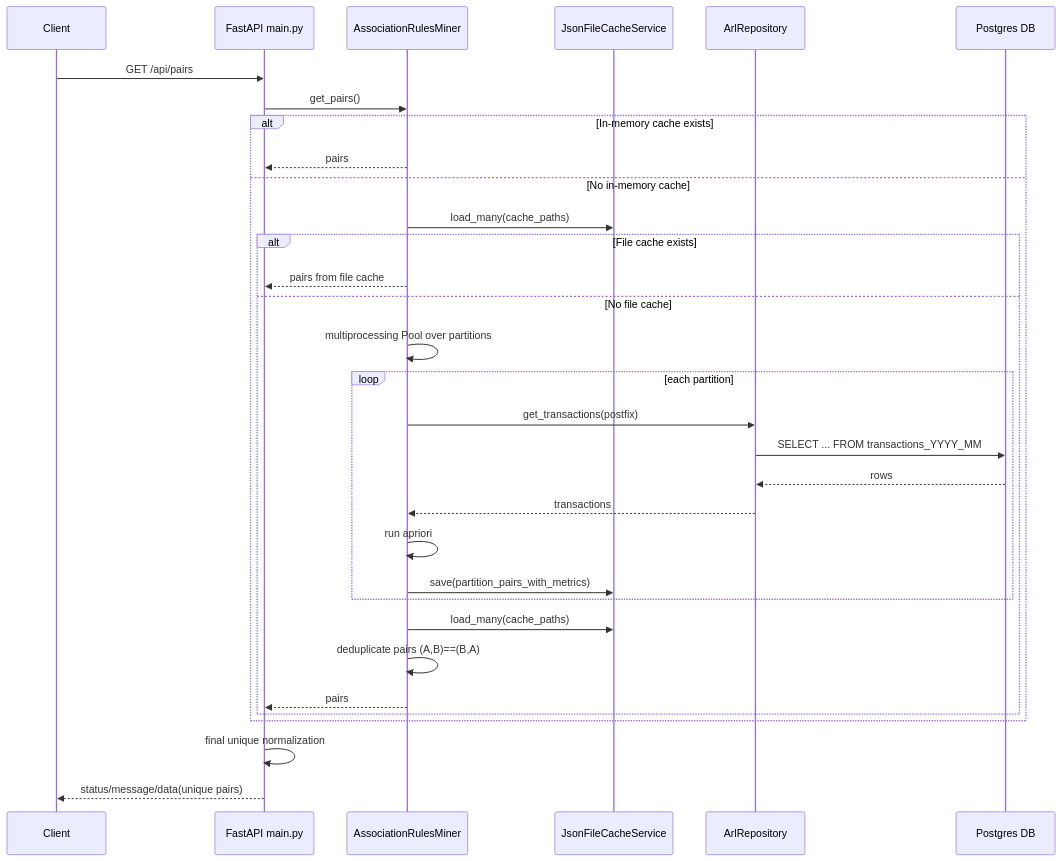
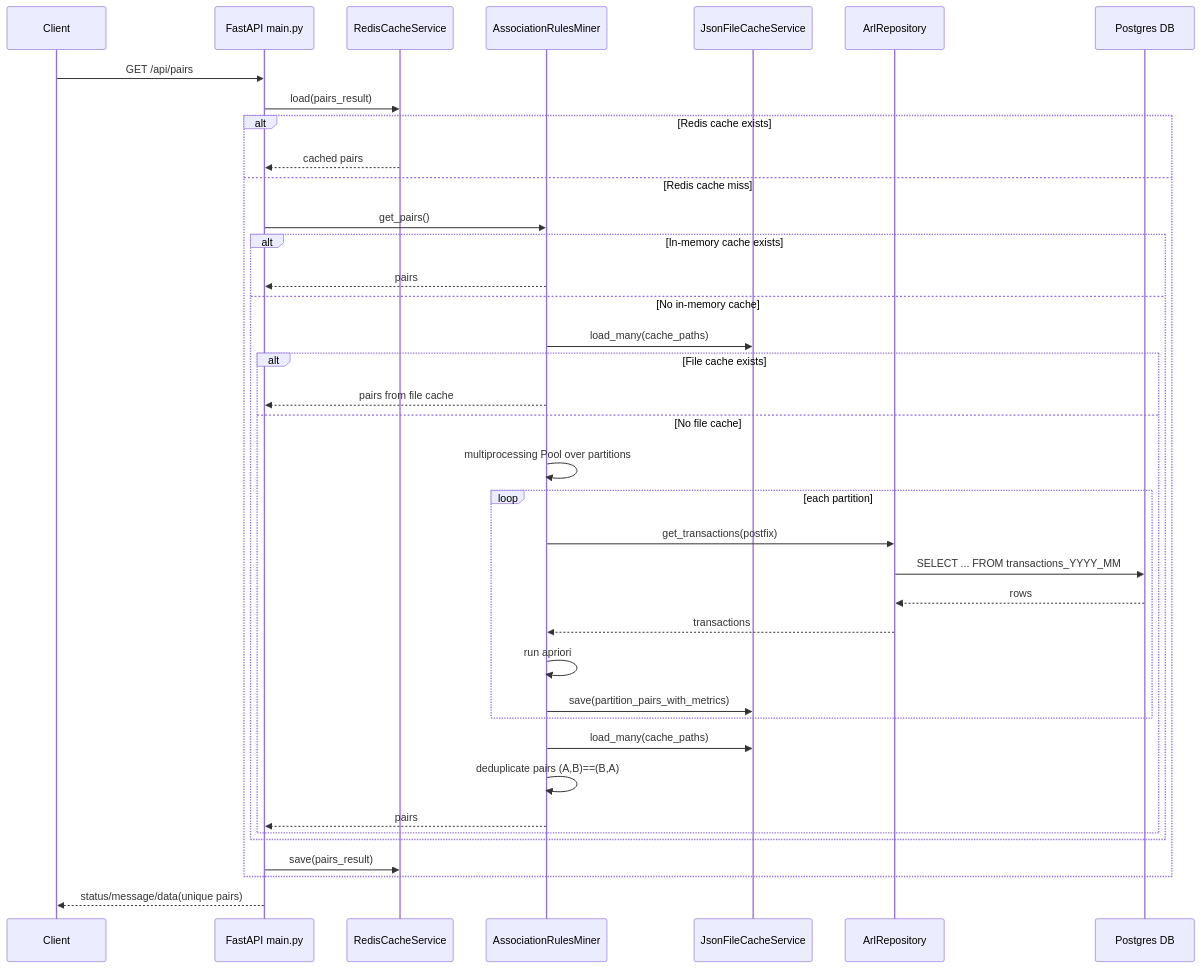
One commit to KirillYarv/MLCoreAPI changed the second of 5 diagrams in docs/api_diagrams.md. Above: the diagram before and after it, drawn with Mermaid. The commit also changed other lines of this file and 3 other files, not shown here.

````diff
--- a/docs/api_diagrams.md
+++ b/docs/api_diagrams.md
@@ -24,37 +23,43 @@
 ```mermaid
 sequenceDiagram
     participant Client
     participant API as FastAPI main.py
+    participant REDIS as RedisCacheService
     participant ARL as AssociationRulesMiner
-    participant CACHE as JsonFileCacheService
+    participant FILE as JsonFileCacheService
     participant REPO as ArlRepository
     participant PG as Postgres DB
 
     Client->>API: GET /api/pairs
-    API->>ARL: get_pairs()
+    API->>REDIS: load(pairs_result)
 
-    alt In-memory cache exists
-        ARL-->>API: pairs
-    else No in-memory cache
-        ARL->>CACHE: load_many(cache_paths)
-        alt File cache exists
-            ARL-->>API: pairs from file cache
-        else No file cache
+    alt Redis cache exists
+        REDIS-->>API: cached pairs
+    else Redis cache miss
+        API->>ARL: get_pairs()
+        alt In-memory cache exists
+            ARL-->>API: pairs
+        else No in-memory cache
+            ARL->>FILE: load_many(cache_paths)
+            alt File cache exists
+                ARL-->>API: pairs from file cache
+            else No file cache
             ARL->>ARL: multiprocessing Pool over partitions
             loop each partition
                 ARL->>REPO: get_transactions(postfix)
                 REPO->>PG: SELECT ... FROM transactions_YYYY_MM
                 PG-->>REPO: rows
                 REPO-->>ARL: transactions
                 ARL->>ARL: run apriori
-                ARL->>CACHE: save(partition_pairs_with_metrics)
+                ARL->>FILE: save(partition_pairs_with_metrics)
             end
-            ARL->>CACHE: load_many(cache_paths)
+            ARL->>FILE: load_many(cache_paths)
             ARL->>ARL: deduplicate pairs (A,B)==(B,A)
             ARL-->>API: pairs
+            end
         end
+        API->>REDIS: save(pairs_result)
     end
 
-    API->>API: final unique normalization
     API-->>Client: status/message/data(unique pairs)
 ```
````
